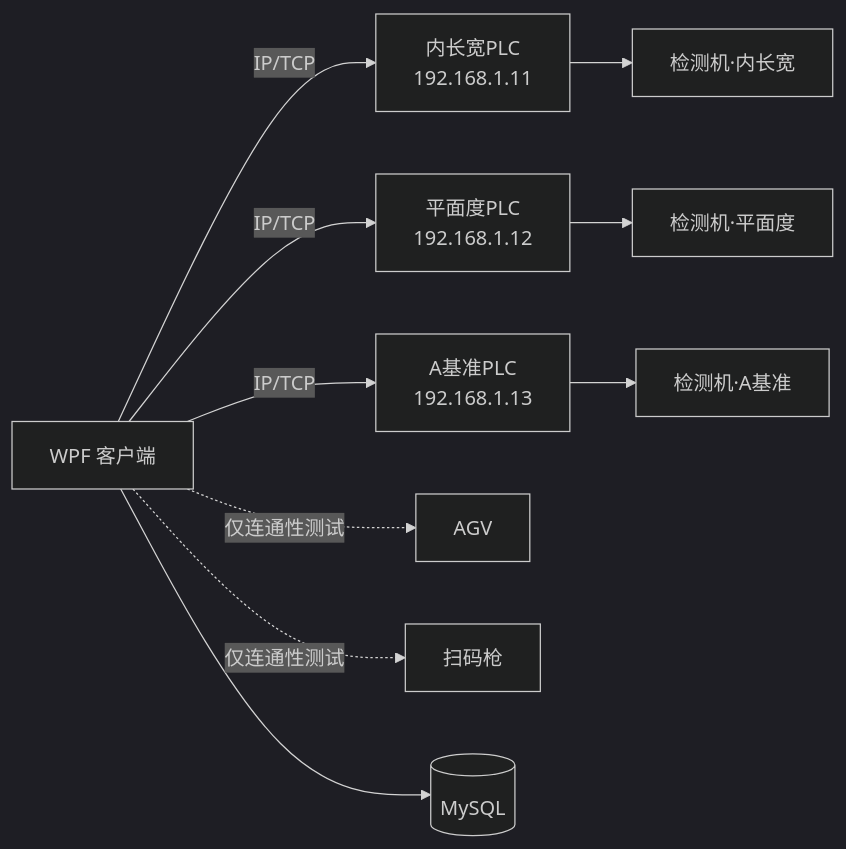
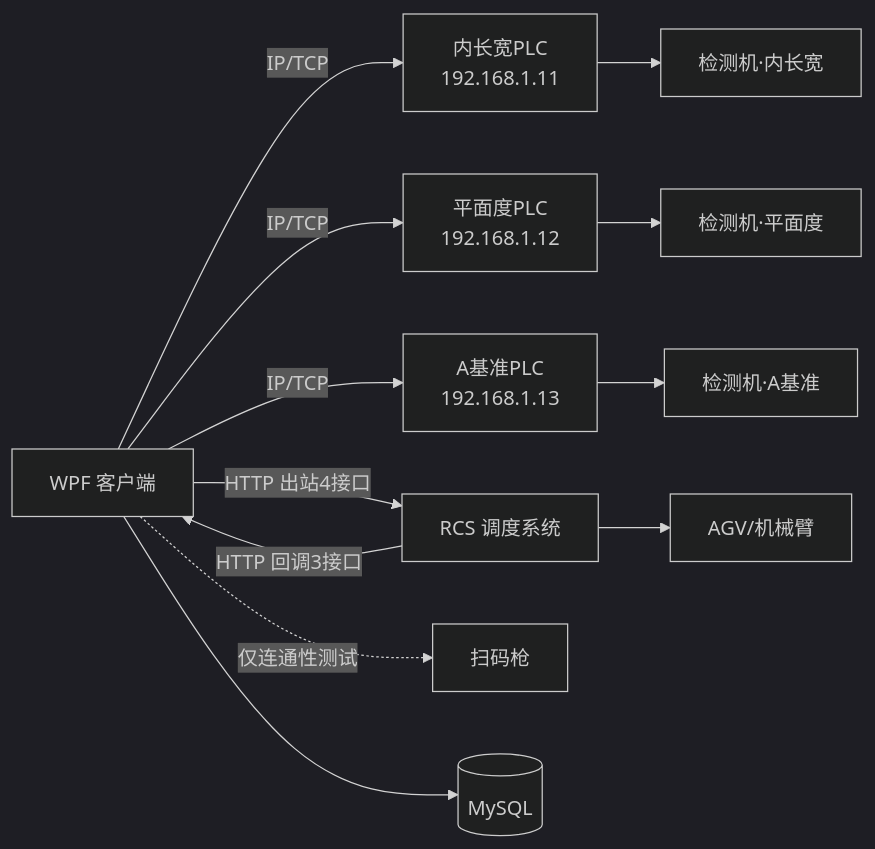
The first of 3 diagrams in docs/客户端开发文档.md (rui-xiaomi/CNC), drawn with Mermaid (dark theme) before and after one commit. The commit also changed other lines of this file and 3 other files, not shown here.

````diff
--- a/docs/客户端开发文档.md
+++ b/docs/客户端开发文档.md
@@ -40,9 +47,11 @@
 ```mermaid
 flowchart LR
     Client["WPF 客户端"] -- "IP/TCP" --> P1["内长宽PLC<br/>192.168.1.11"] --> M1["检测机·内长宽"]
     Client -- "IP/TCP" --> P2["平面度PLC<br/>192.168.1.12"] --> M2["检测机·平面度"]
     Client -- "IP/TCP" --> P3["A基准PLC<br/>192.168.1.13"] --> M3["检测机·A基准"]
-    Client -. "仅连通性测试" .-> AGV["AGV"]
+    Client -- "HTTP 出站4接口" --> RCS["RCS 调度系统"]
+    RCS -- "HTTP 回调3接口" --> Client
+    RCS --> AGV["AGV/机械臂"]
     Client -. "仅连通性测试" .-> Scan["扫码枪"]
     Client --> DB[("MySQL")]
 ```
````
